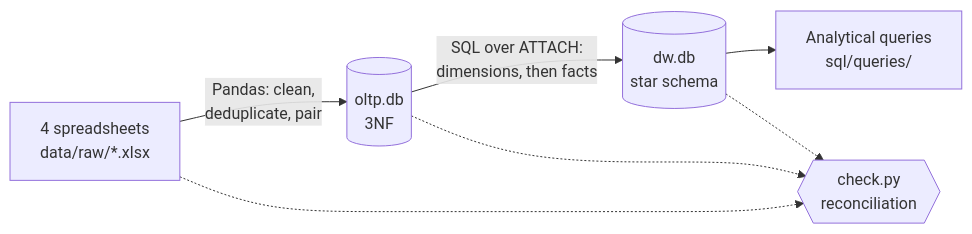
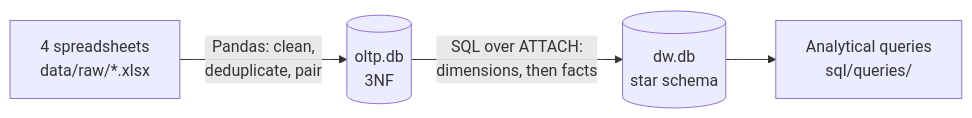
Before and after one commit to sunspritejsp/financial-star-schema: the diagram in README.md, drawn with Mermaid. The commit also changed other lines of this file and 3 other files, not shown here.

````diff
--- a/README.md
+++ b/README.md
@@ -29,9 +28,6 @@
 ```mermaid
 flowchart LR
     A["4 spreadsheets<br/>data/raw/*.xlsx"] -->|"Pandas: clean,<br/>deduplicate, pair"| B[("oltp.db<br/>3NF")]
     B -->|"SQL over ATTACH:<br/>dimensions, then facts"| C[("dw.db<br/>star schema")]
     C --> D["Analytical queries<br/>sql/queries/"]
-    B -.-> E{{"check.py<br/>reconciliation"}}
-    C -.-> E
-    A -.-> E
 ```
````
